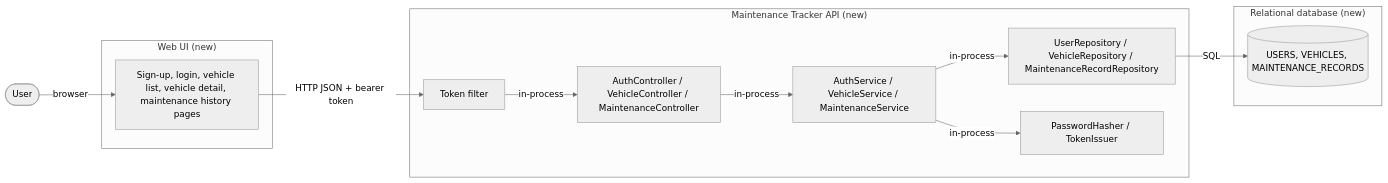
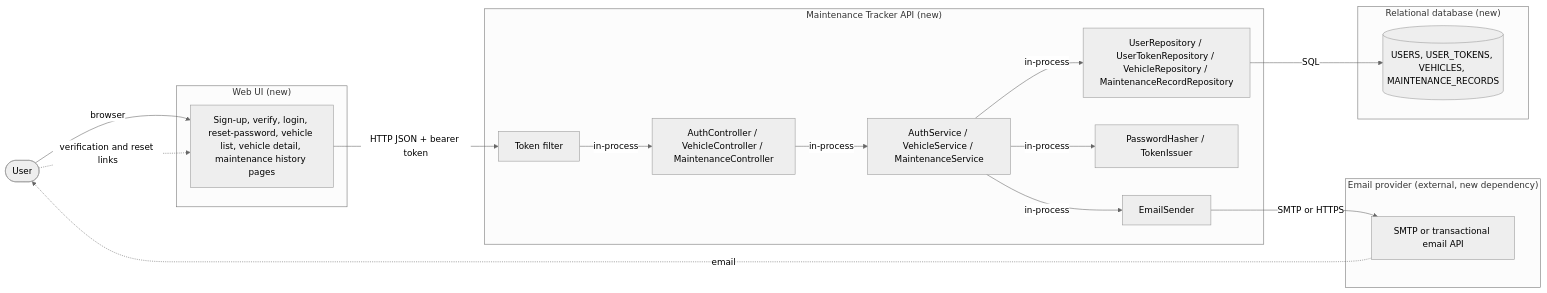
Diagram 11 of 13 in Docs/designs/Vehicle Maintenance Tracker.md (dieggob/TechnicalTestModernTech), drawn with Mermaid (neutral theme) before and after one commit. The commit also changed other lines of this file and 2 other files, not shown here.

````diff
--- a/Docs/designs/Vehicle Maintenance Tracker.md
+++ b/Docs/designs/Vehicle Maintenance Tracker.md
@@ -407,24 +660,32 @@
 ```mermaid
 flowchart LR
   person([User])
   subgraph UI["Web UI (new)"]
-    pages["Sign-up, login, vehicle list, vehicle detail, maintenance history pages"]
+    pages["Sign-up, verify, login, reset-password, vehicle list, vehicle detail, maintenance history pages"]
   end
   subgraph API["Maintenance Tracker API (new)"]
     filter["Token filter"]
     ctrl["AuthController / VehicleController / MaintenanceController"]
     svc["AuthService / VehicleService / MaintenanceService"]
-    repo["UserRepository / VehicleRepository / MaintenanceRecordRepository"]
+    repo["UserRepository / UserTokenRepository / VehicleRepository / MaintenanceRecordRepository"]
     sec["PasswordHasher / TokenIssuer"]
+    mail["EmailSender"]
   end
   subgraph Data["Relational database (new)"]
-    db[("USERS, VEHICLES, MAINTENANCE_RECORDS")]
+    db[("USERS, USER_TOKENS, VEHICLES, MAINTENANCE_RECORDS")]
+  end
+  subgraph Ext["Email provider (external, new dependency)"]
+    smtp["SMTP or transactional email API"]
   end
   person -->|browser| pages
+  person -.->|"verification and reset links"| pages
   pages -->|"HTTP JSON + bearer token"| filter
   filter -->|in-process| ctrl
   ctrl -->|in-process| svc
   svc -->|in-process| repo
   svc -->|in-process| sec
+  svc -->|in-process| mail
   repo -->|SQL| db
+  mail -->|"SMTP or HTTPS"| smtp
+  smtp -.->|email| person
 ```
````
